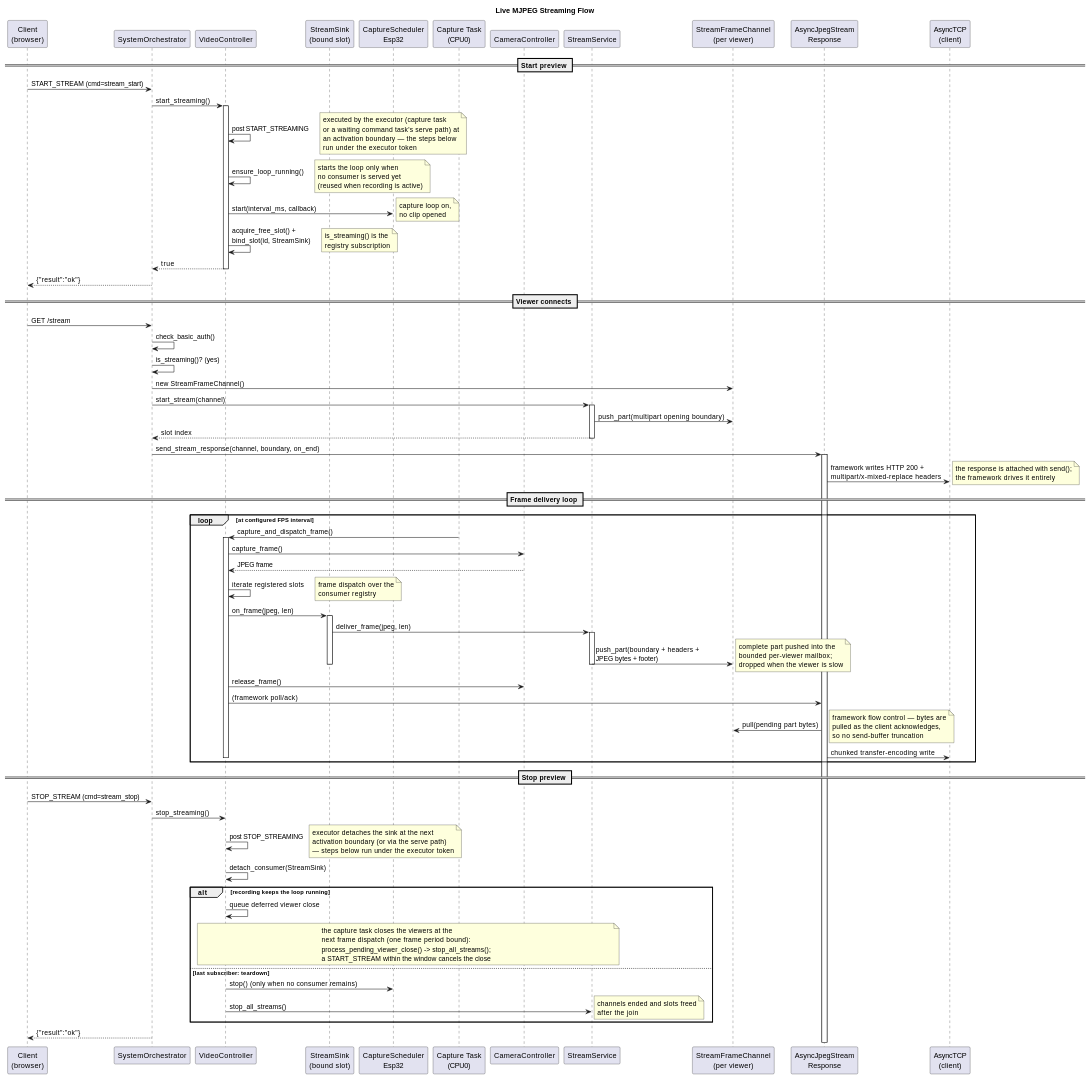
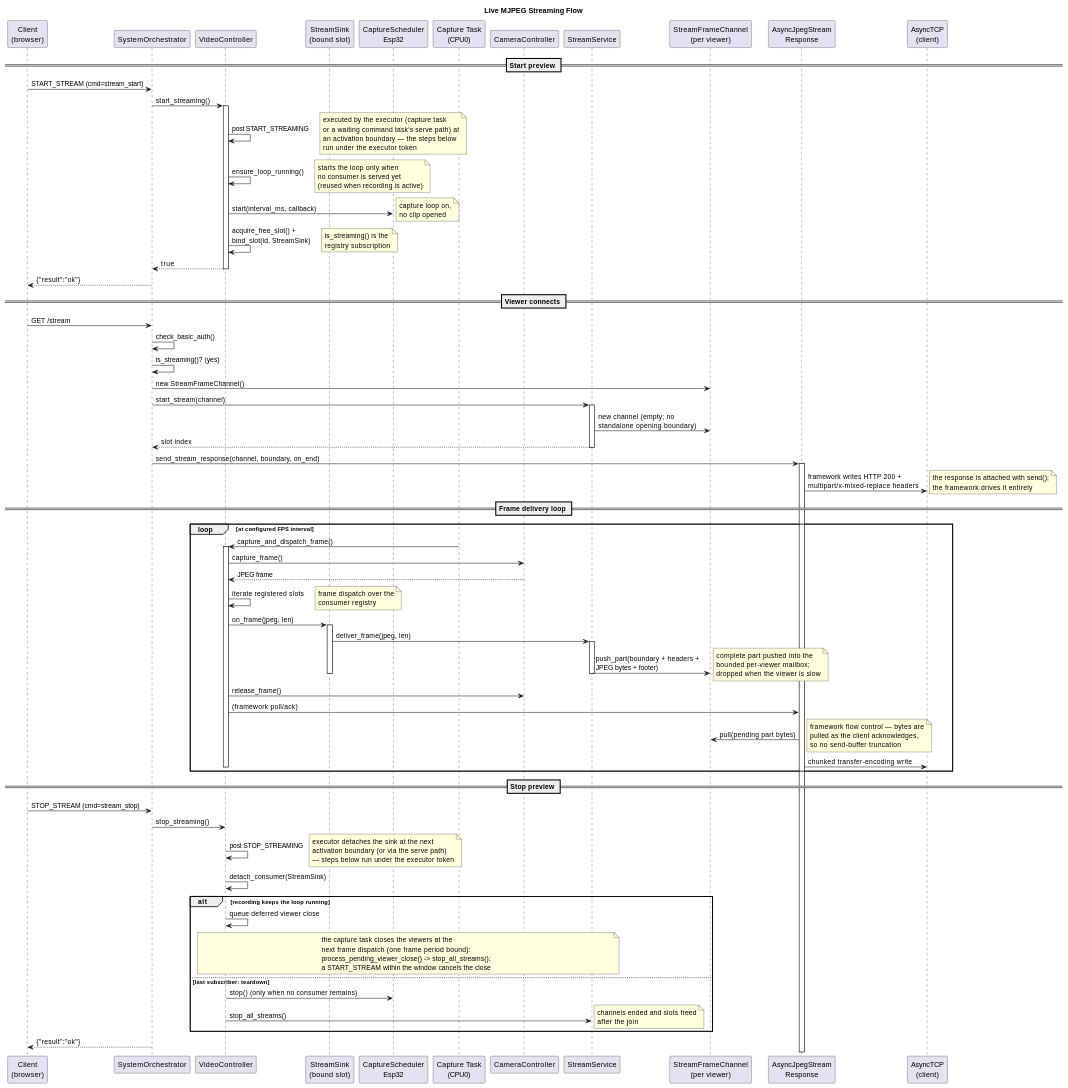
The eighth of 9 diagrams in docs/SYSTEM_DESIGN.md (timwalsh41/micro-security-cam), drawn with PlantUML before and after one commit. The commit also changed other lines of this file and 4 other files, not shown here.

First line of the commit message:
fix(stream): drop standalone opening boundary from MJPEG stream (#12)

```diff
--- a/docs/SYSTEM_DESIGN.md
+++ b/docs/SYSTEM_DESIGN.md
@@ -1920,7 +1920,7 @@
 ORCH -> CH : new StreamFrameChannel()
 ORCH -> SS : start_stream(channel)
 activate SS
-SS -> CH : push_part(multipart opening boundary)
+SS -> CH : new channel (empty; no\nstandalone opening boundary)
 SS --> ORCH : slot index
 deactivate SS
 ORCH -> RESP : send_stream_response(channel, boundary, on_end)
```
